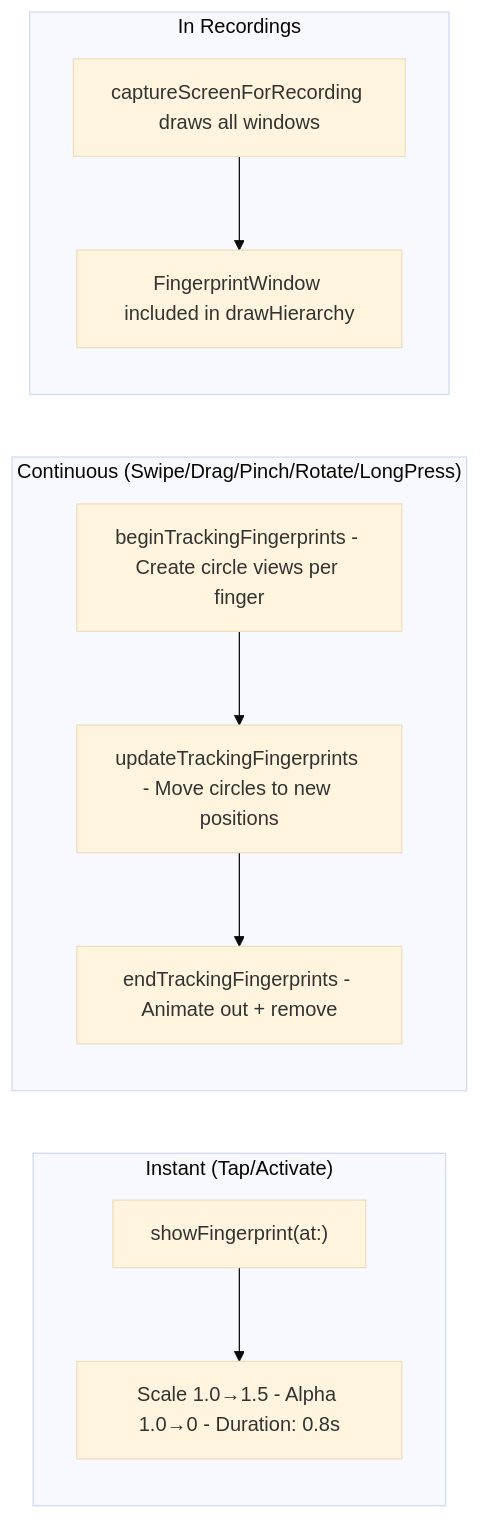
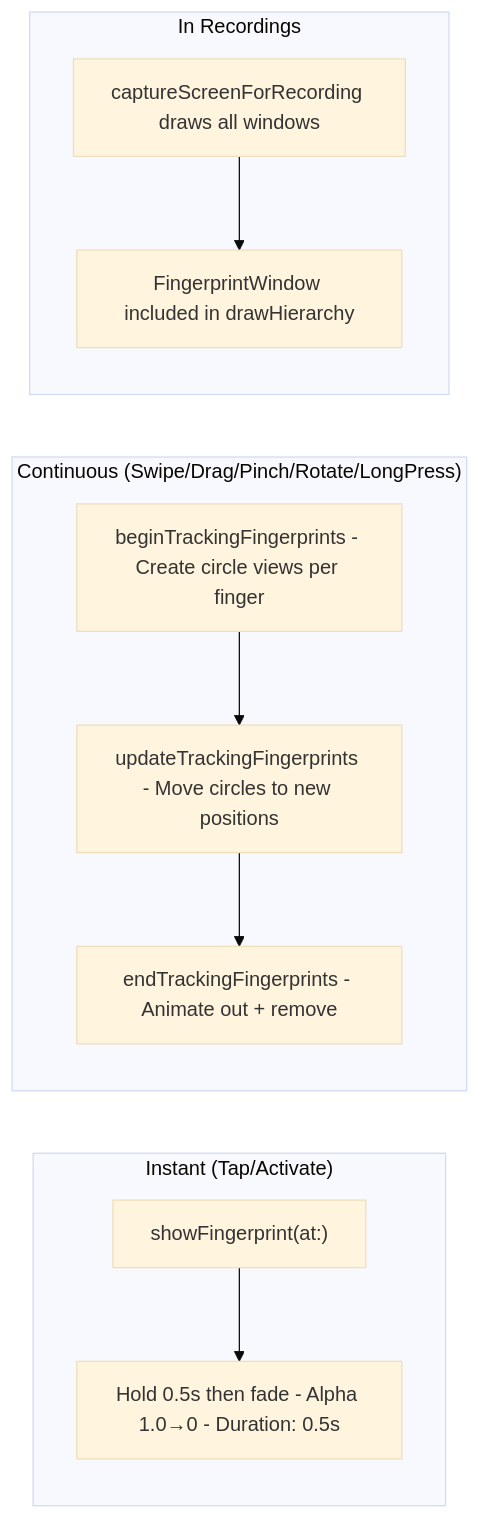
Before and after one commit to RoyalPineapple/TheButtonHeist: the second of 2 diagrams in docs/dossiers/03-THEFINGERPRINTS.md, drawn with Mermaid (base theme). The commit also changed other lines of this file and 17 other files, not shown here.

````diff
--- a/docs/dossiers/03-THEFINGERPRINTS.md
+++ b/docs/dossiers/03-THEFINGERPRINTS.md
@@ -49,21 +50,21 @@
 ```mermaid
 flowchart LR
     subgraph Instant["Instant (Tap/Activate)"]
         TapShow["showFingerprint(at:)"]
-        TapAnim["Scale 1.0→1.5 - Alpha 1.0→0 - Duration: 0.8s"]
+        TapAnim["Hold 0.5s then fade - Alpha 1.0→0 - Duration: 0.5s"]
         TapShow --> TapAnim
     end
 
     subgraph Continuous["Continuous (Swipe/Drag/Pinch/Rotate/LongPress)"]
         Begin["beginTrackingFingerprints - Create circle views per finger"]
         Update["updateTrackingFingerprints - Move circles to new positions"]
         End["endTrackingFingerprints - Animate out + remove"]
         Begin --> Update --> End
     end
 
     subgraph Recording["In Recordings"]
         DrawAll["captureScreenForRecording draws all windows"]
         Include["FingerprintWindow included in drawHierarchy"]
         DrawAll --> Include
     end
 ```
````
